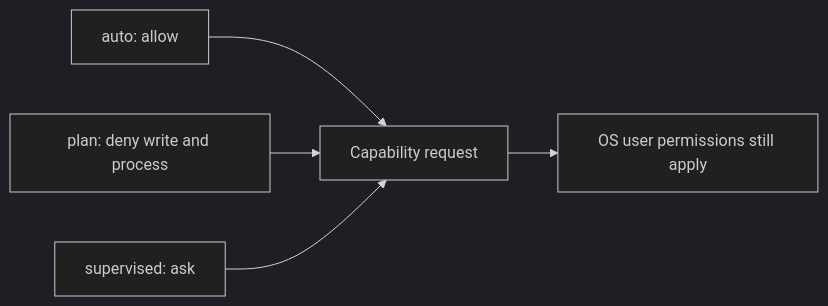
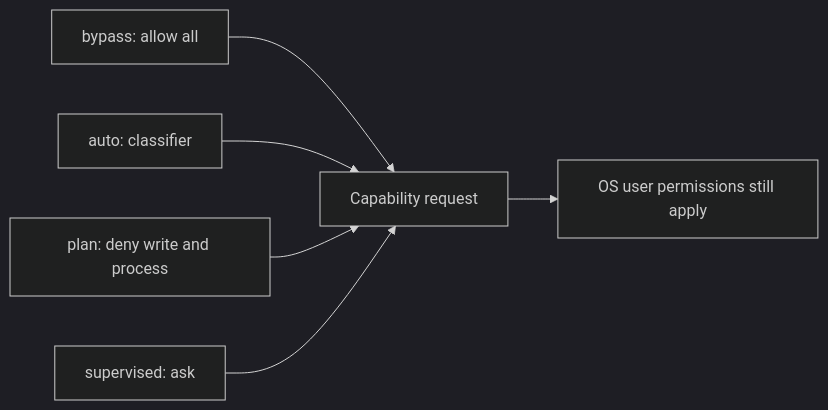
Before and after one commit to matthewyjiang/rho: the second of 2 diagrams in docs/tools-workspace.md, drawn with Mermaid (dark theme). The commit also changed other lines of this file and 85 other files, not shown here.

First line of the commit message:
feat(permission): rename Auto to Bypass and add classifier Auto (#870)

````diff
--- a/docs/tools-workspace.md
+++ b/docs/tools-workspace.md
@@ -56,7 +56,8 @@
 ```mermaid
 flowchart LR
-    auto[auto: allow] --> cap[Capability request]
+    bypass[bypass: allow all] --> cap[Capability request]
+    auto[auto: classifier] --> cap
     plan[plan: deny write and process] --> cap
     supervised[supervised: ask] --> cap
     cap --> os[OS user permissions still apply]
 ```
````
